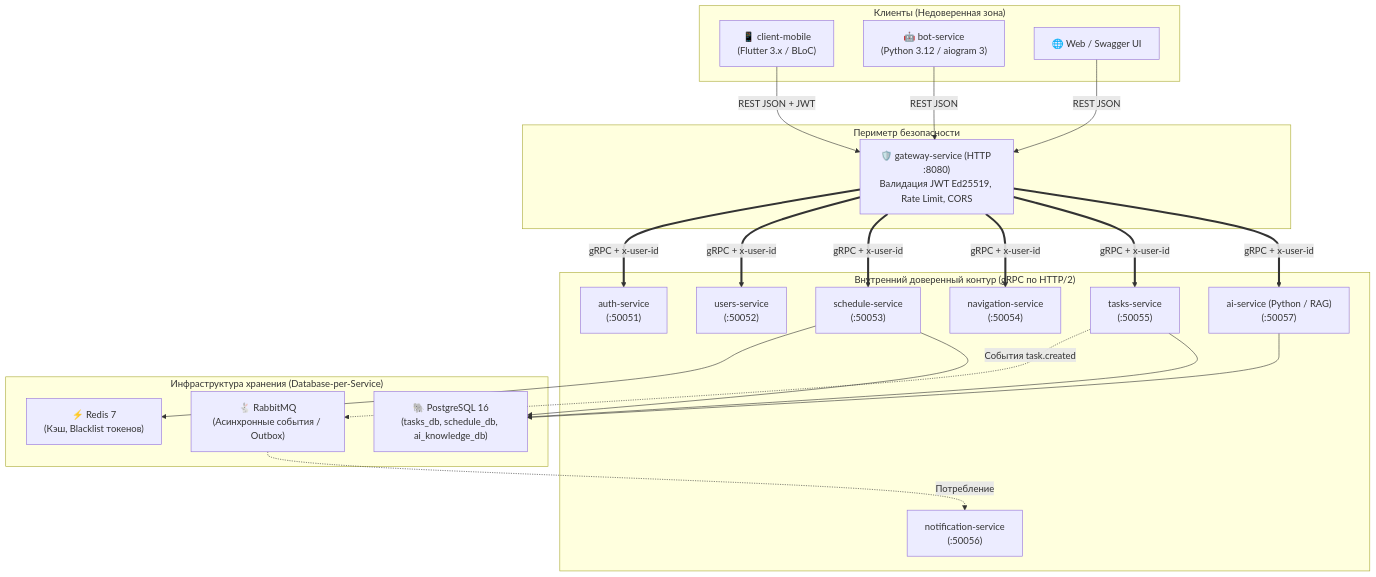
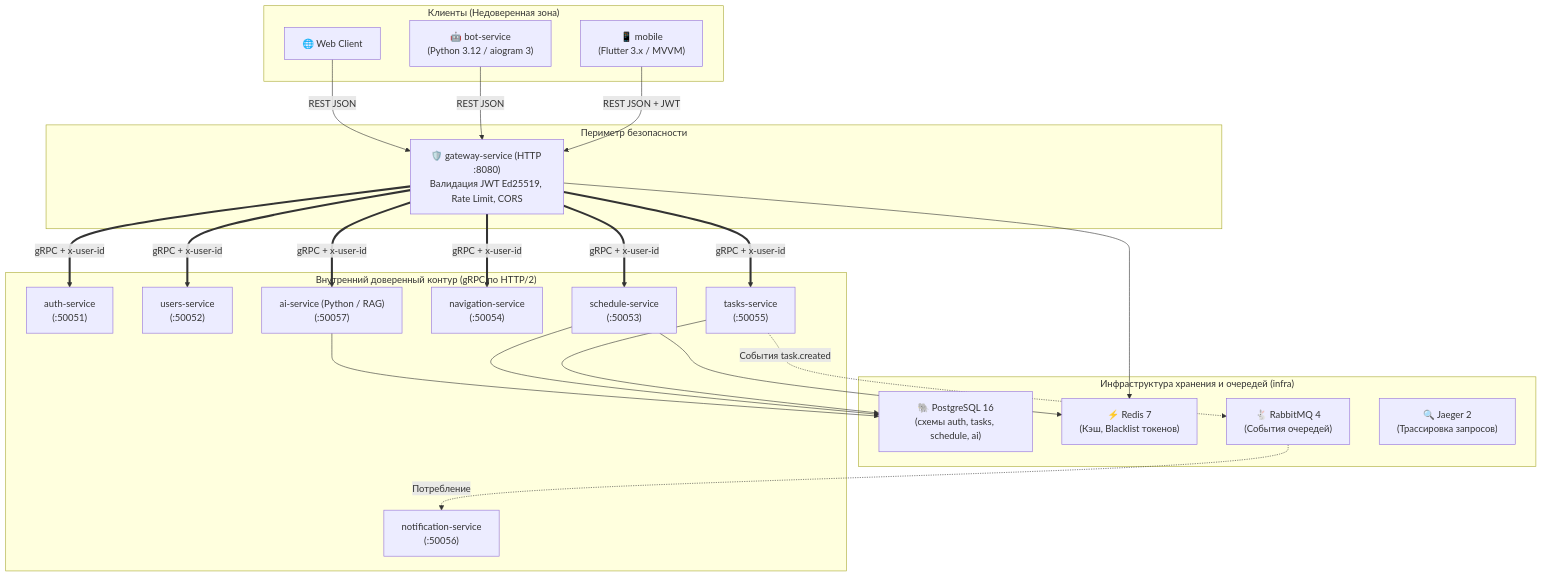
One commit to orbit-polytech/orbit-docs changed the diagram in docs/index.md. Above: the diagram before and after it, drawn with Mermaid. The commit also changed other lines of this file and 82 other files, not shown here.

````diff
--- a/docs/index.md
+++ b/docs/index.md
@@ -13,46 +13,48 @@
 ```mermaid
 flowchart TD
     subgraph Clients ["Клиенты (Недоверенная зона)"]
-        MOB["📱 client-mobile<br/>(Flutter 3.x / BLoC)"]
+        MOB["📱 mobile<br/>(Flutter 3.x / MVVM)"]
         BOT["🤖 bot-service<br/>(Python 3.12 / aiogram 3)"]
-        WEB["🌐 Web / Swagger UI"]
+        WEB["🌐 Web Client"]
     end
 
     subgraph Perimeter ["Периметр безопасности"]
         GW["🛡️ gateway-service (HTTP :8080)<br/>Валидация JWT Ed25519, Rate Limit, CORS"]
     end
 
     subgraph Mesh ["Внутренний доверенный контур (gRPC по HTTP/2)"]
         AUTH["auth-service<br/>(:50051)"]
         USERS["users-service<br/>(:50052)"]
         SCHED["schedule-service<br/>(:50053)"]
         NAV["navigation-service<br/>(:50054)"]
         TASKS["tasks-service<br/>(:50055)"]
         NOTIF["notification-service<br/>(:50056)"]
         AI["ai-service (Python / RAG)<br/>(:50057)"]
     end
 
-    subgraph Storage ["Инфраструктура хранения (Database-per-Service)"]
-        PG["🐘 PostgreSQL 16<br/>(tasks_db, schedule_db, ai_knowledge_db)"]
+    subgraph Storage ["Инфраструктура хранения и очередей (infra)"]
+        PG["🐘 PostgreSQL 16<br/>(схемы auth, tasks, schedule, ai)"]
         REDIS["⚡ Redis 7<br/>(Кэш, Blacklist токенов)"]
-        RMQ["🐇 RabbitMQ<br/>(Асинхронные события / Outbox)"]
+        RMQ["🐇 RabbitMQ 4<br/>(События очередей)"]
+        JAEGER["🔍 Jaeger 2<br/>(Трассировка запросов)"]
     end
 
     MOB -->|REST JSON + JWT| GW
     BOT -->|REST JSON| GW
     WEB -->|REST JSON| GW
 
     GW ==>|gRPC + x-user-id| AUTH
     GW ==>|gRPC + x-user-id| USERS
     GW ==>|gRPC + x-user-id| SCHED
     GW ==>|gRPC + x-user-id| NAV
     GW ==>|gRPC + x-user-id| TASKS
     GW ==>|gRPC + x-user-id| AI
 
     TASKS -.->|События task.created| RMQ
     RMQ -.->|Потребление| NOTIF
     TASKS --> PG
     SCHED --> REDIS
     SCHED --> PG
     AI --> PG
+    GW --> REDIS
 ```
````
